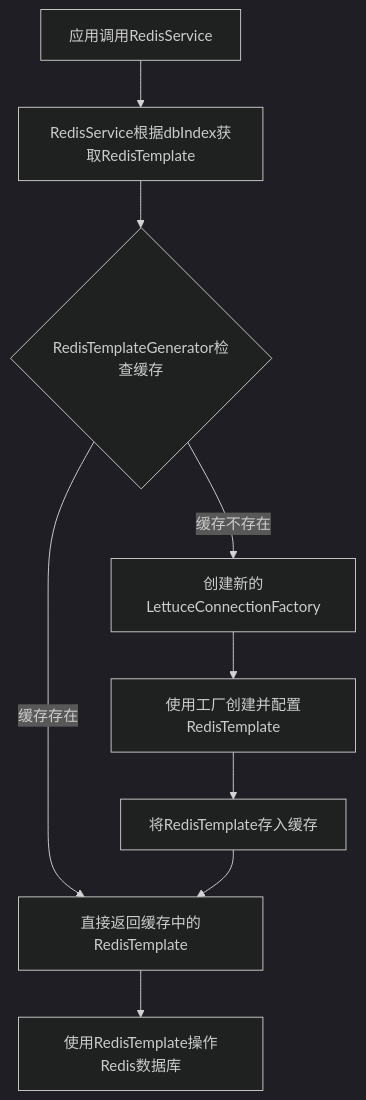
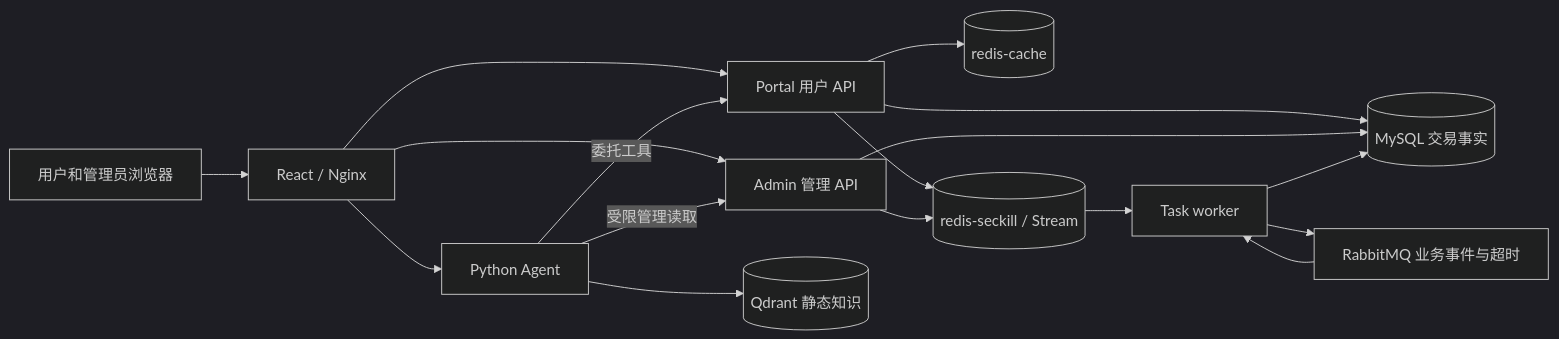
Before and after one commit to LBBZ/hotShop: the diagram in README.md, drawn with Mermaid (dark theme). The commit also changed other lines of this file and 32 other files, not shown here.

````diff
--- a/README.md
+++ b/README.md
@@ -108,11 +36,19 @@
 ```mermaid
-graph TD
-    A[应用调用RedisService] --> B[RedisService根据dbIndex获取RedisTemplate]
-    B --> C{RedisTemplateGenerator检查缓存}
-    C -->|缓存存在| D[直接返回缓存中的RedisTemplate]
-    C -->|缓存不存在| E[创建新的LettuceConnectionFactory]
-    E --> F[使用工厂创建并配置RedisTemplate]
-    F --> G[将RedisTemplate存入缓存]
-    G --> D
-    D --> H[使用RedisTemplate操作Redis数据库]
+flowchart LR
+    U[用户和管理员浏览器] --> W[React / Nginx]
+    W --> P[Portal 用户 API]
+    W --> A[Admin 管理 API]
+    W --> G[Python Agent]
+    G -->|委托工具| P
+    G -->|受限管理读取| A
+    G --> Q[(Qdrant 静态知识)]
+    P --> DB[(MySQL 交易事实)]
+    A --> DB
+    P --> RC[(redis-cache)]
+    P --> RS[(redis-seckill / Stream)]
+    A --> RS
+    RS --> T[Task worker]
+    T --> DB
+    T --> MQ[RabbitMQ 业务事件与超时]
+    MQ --> T
 ```
````
